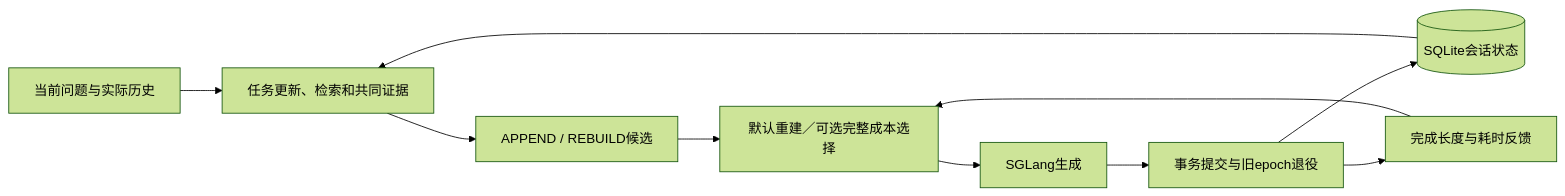
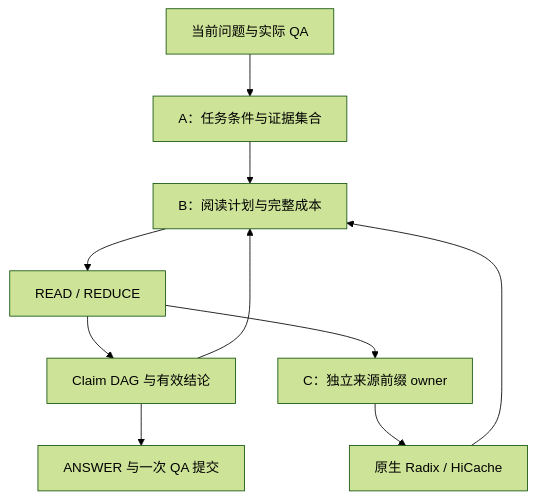
Before and after one commit to issaddy/ContextKV: the diagram in docs/architecture.md, drawn with Mermaid (forest theme). The commit also changed other lines of this file and 39 other files, not shown here.

````diff
--- a/docs/architecture.md
+++ b/docs/architecture.md
@@ -5,12 +7,12 @@
 ```mermaid
-flowchart LR
-  Q[当前问题与实际历史] --> A[任务更新、检索和共同证据]
-  A --> P[APPEND / REBUILD候选]
-  P --> B[默认重建／可选完整成本选择]
-  B --> G[SGLang生成]
-  G --> C[事务提交与旧epoch退役]
-  C --> S[(SQLite会话状态)]
-  S --> A
-  C --> F[完成长度与耗时反馈]
-  F --> B
+flowchart TD
+    H["当前问题与实际 QA"] --> A["A：任务条件与证据集合"]
+    A --> B["B：阅读计划与完整成本"]
+    B --> R["READ / REDUCE"]
+    R --> G["Claim DAG 与有效结论"]
+    G --> B
+    G --> F["ANSWER 与一次 QA 提交"]
+    R --> C["C：独立来源前缀 owner"]
+    C --> N["原生 Radix / HiCache"]
+    N --> B
 ```
````
